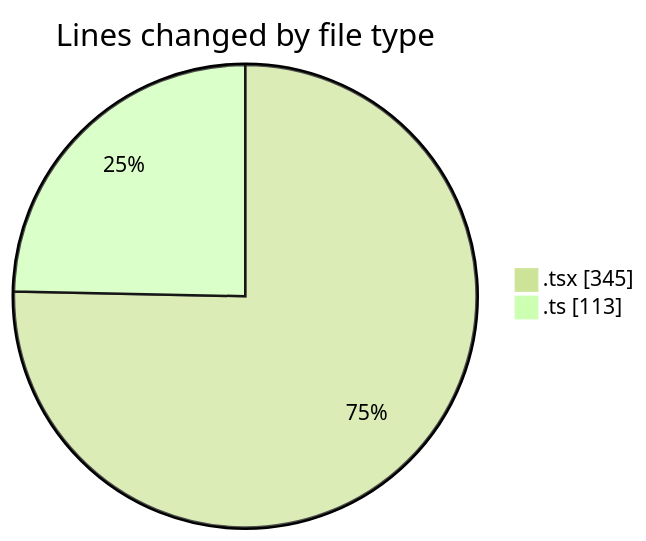
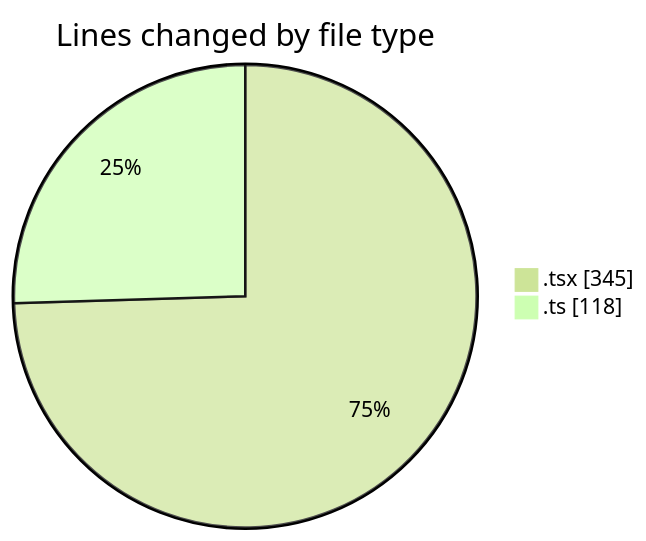
Before and after one commit to nxtqubesakshisongat/code-tracking: the first of 2 diagrams in 2026-04-20/airfeed-analytics-dashboard/README.md, drawn with Mermaid (forest theme). The commit also changed other lines of this file and 1 other file, not shown here.

````diff
--- a/2026-04-20/airfeed-analytics-dashboard/README.md
+++ b/2026-04-20/airfeed-analytics-dashboard/README.md
@@ -22,6 +22,6 @@
 ```mermaid
 pie showData
 title Lines changed by file type
 ".tsx" : 345
-".ts" : 113
+".ts" : 118
 ```
````
